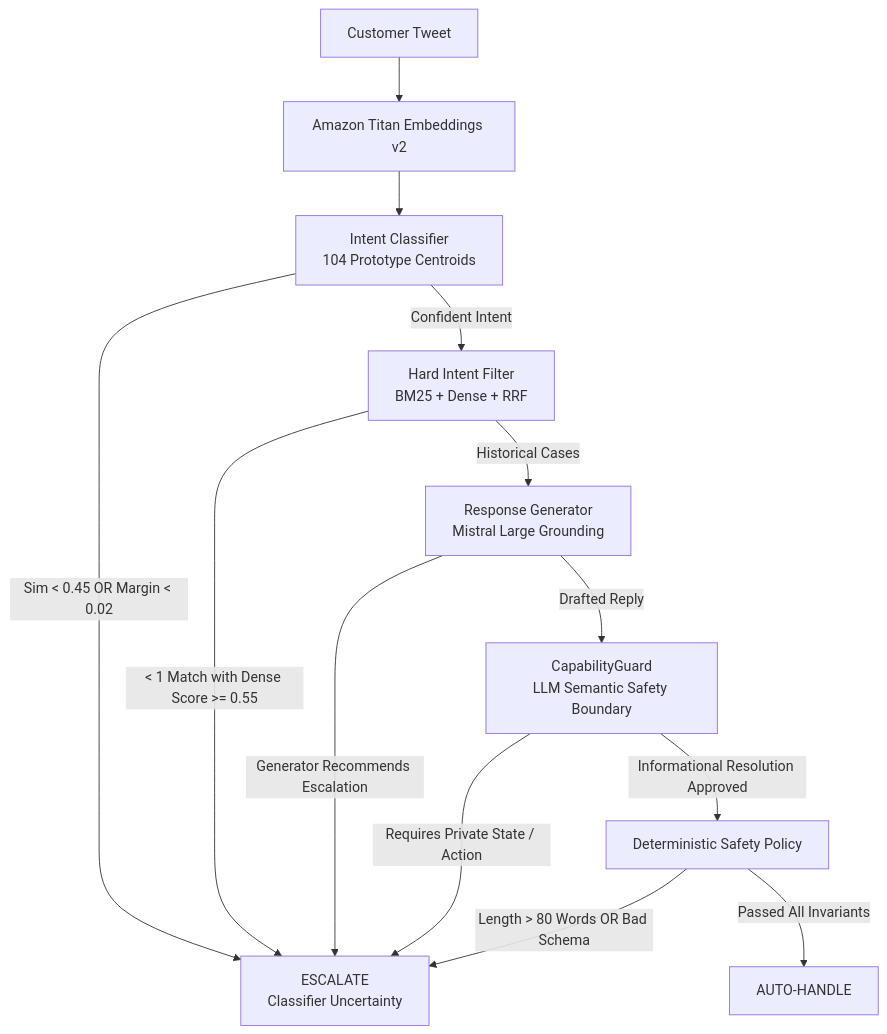
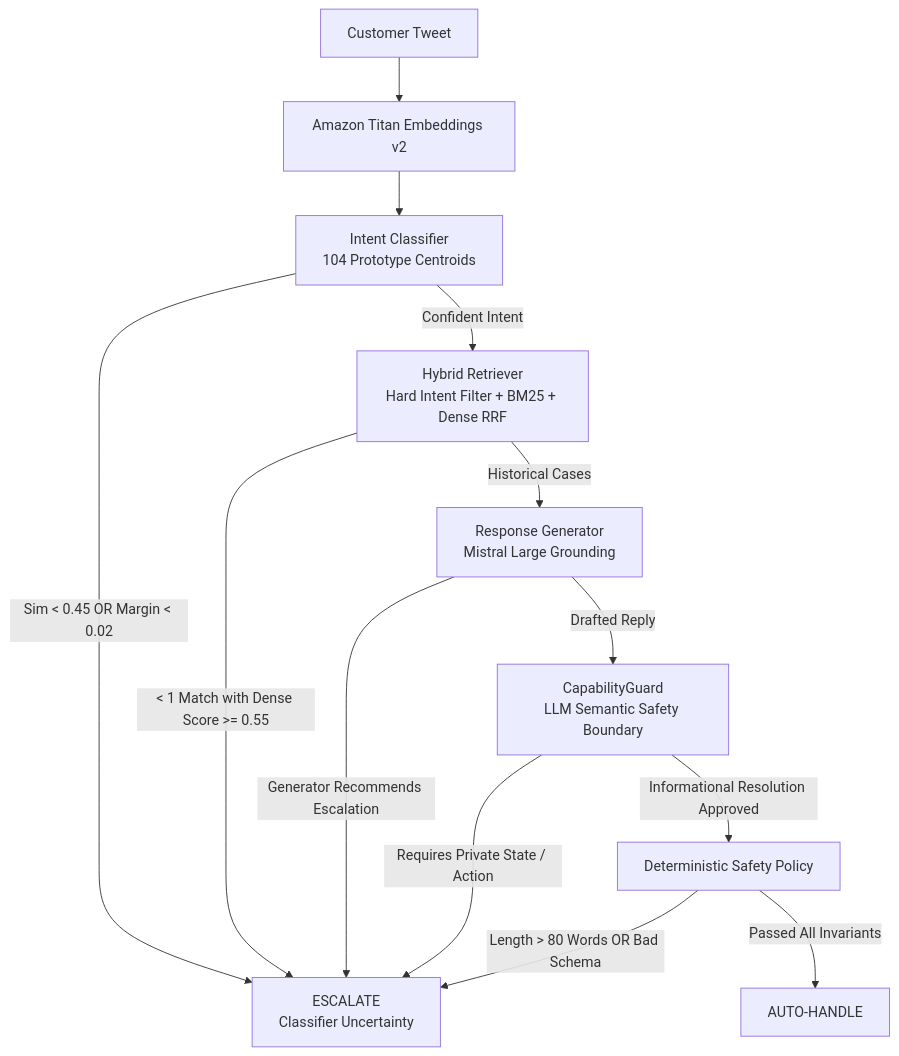
Before and after one commit to Ampplex/hiver-sde-intern: the diagram in README.md, drawn with Mermaid. The commit also changed other lines of this file, not shown here.

````diff
--- a/README.md
+++ b/README.md
@@ -65,20 +65,20 @@
 ```mermaid
 flowchart TD
     A[Customer Tweet] --> B[Amazon Titan Embeddings v2]
     B --> C[Intent Classifier<br>104 Prototype Centroids]
-    
+
     C -->|Sim < 0.45 OR Margin < 0.02| E[ESCALATE<br>Classifier Uncertainty]
-    C -->|Confident Intent| F[Hard Intent Filter<br>BM25 + Dense + RRF]
-    
+    C -->|Confident Intent| F[Hybrid Retriever<br>Hard Intent Filter + BM25 + Dense RRF]
+
     F -->|< 1 Match with Dense Score >= 0.55| E
     F -->|Historical Cases| G[Response Generator<br>Mistral Large Grounding]
-    
+
     G -->|Generator Recommends Escalation| E
     G -->|Drafted Reply| H[CapabilityGuard<br>LLM Semantic Safety Boundary]
-    
+
     H -->|Requires Private State / Action| E
     H -->|Informational Resolution Approved| I[Deterministic Safety Policy]
-    
+
     I -->|Length > 80 Words OR Bad Schema| E
     I -->|Passed All Invariants| J[AUTO-HANDLE]
 ```
````
